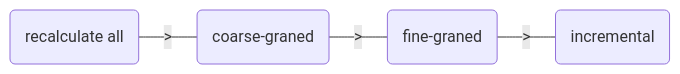
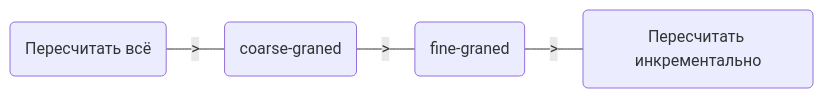
The fourth of 16 diagrams in slides.md (alfertev2014/holyjs-2026-autumn), drawn with Mermaid before and after one commit. The commit also changed other lines of this file and 2 other files, not shown here.

````diff
--- a/slides.md
+++ b/slides.md
@@ -511,4 +490,4 @@
 ```mermaid
 flowchart LR
-  r(recalculate all) ---|>| cg("coarse-graned") ---|>| fg("fine-graned") ---|>| i(incremental)
+  r(Пересчитать всё) ---|>| cg("coarse-graned") ---|>| fg("fine-graned") ---|>| i(Пересчитать инкрементально)
 ```
````
